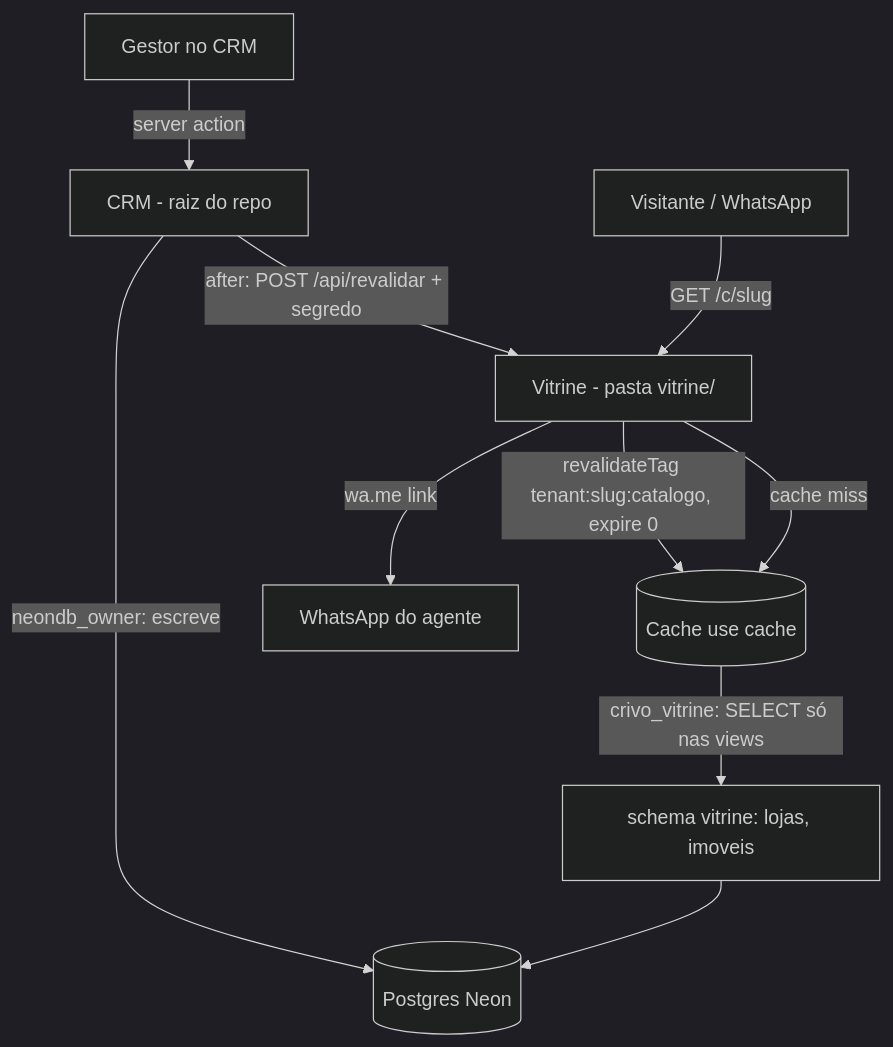
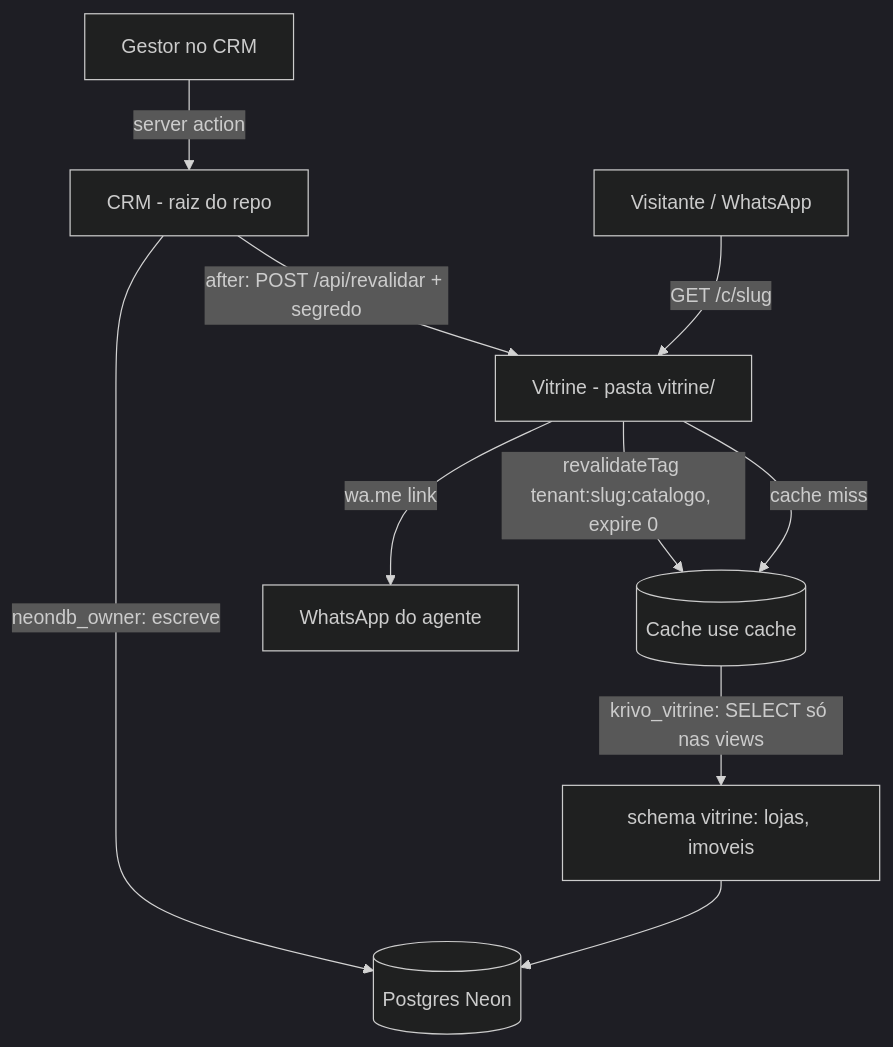
One commit to Arthur1050/crivo changed the diagram in .specs/features/lote-16-vitrine-publica/design.md. Above: the diagram before and after it, drawn with Mermaid (dark theme). The commit also changed other lines of this file and 207 other files, not shown here.

````diff
--- a/.specs/features/lote-16-vitrine-publica/design.md
+++ b/.specs/features/lote-16-vitrine-publica/design.md
@@ -14,12 +14,12 @@
 ```mermaid
 graph TD
     G[Gestor no CRM] -->|server action| CRM[CRM - raiz do repo]
     CRM -->|neondb_owner: escreve| PG[(Postgres Neon)]
     CRM -->|after: POST /api/revalidar + segredo| V[Vitrine - pasta vitrine/]
     V -->|revalidateTag tenant:slug:catalogo, expire 0| C[(Cache use cache)]
     VIS[Visitante / WhatsApp] -->|GET /c/slug| V
     V -->|cache miss| C
-    C -->|crivo_vitrine: SELECT só nas views| VW[schema vitrine: lojas, imoveis]
+    C -->|krivo_vitrine: SELECT só nas views| VW[schema vitrine: lojas, imoveis]
     VW --> PG
     V -->|wa.me link| WA[WhatsApp do agente]
 ```
````
